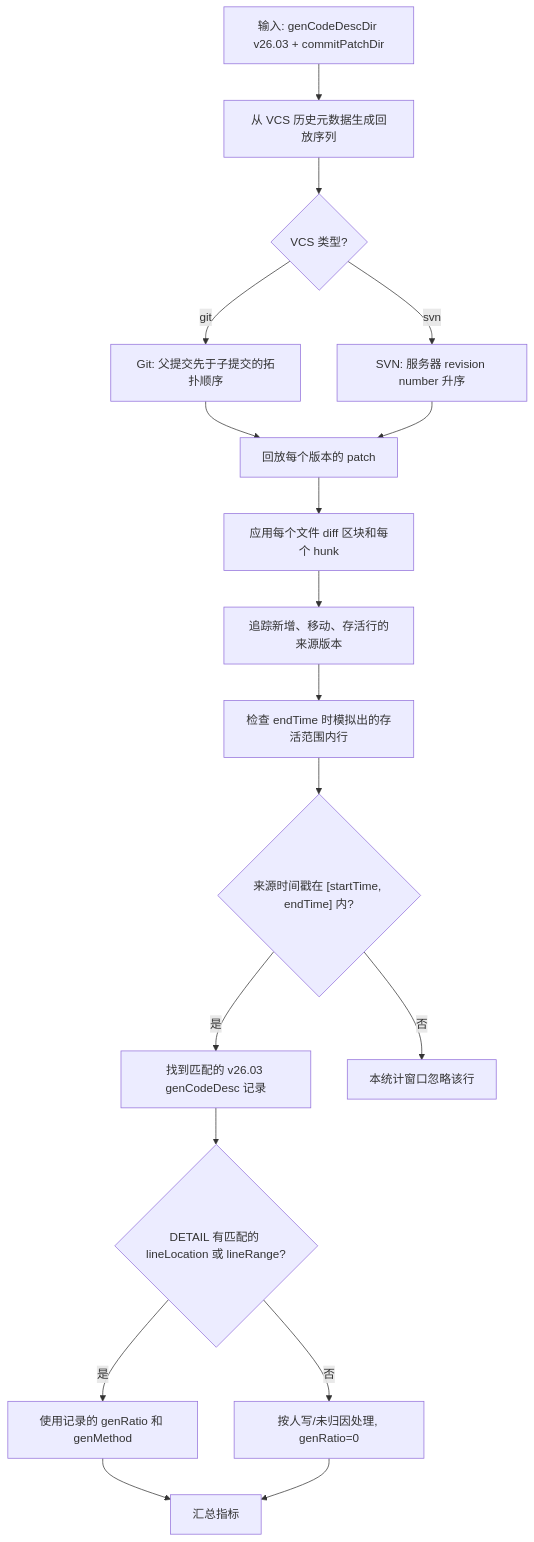
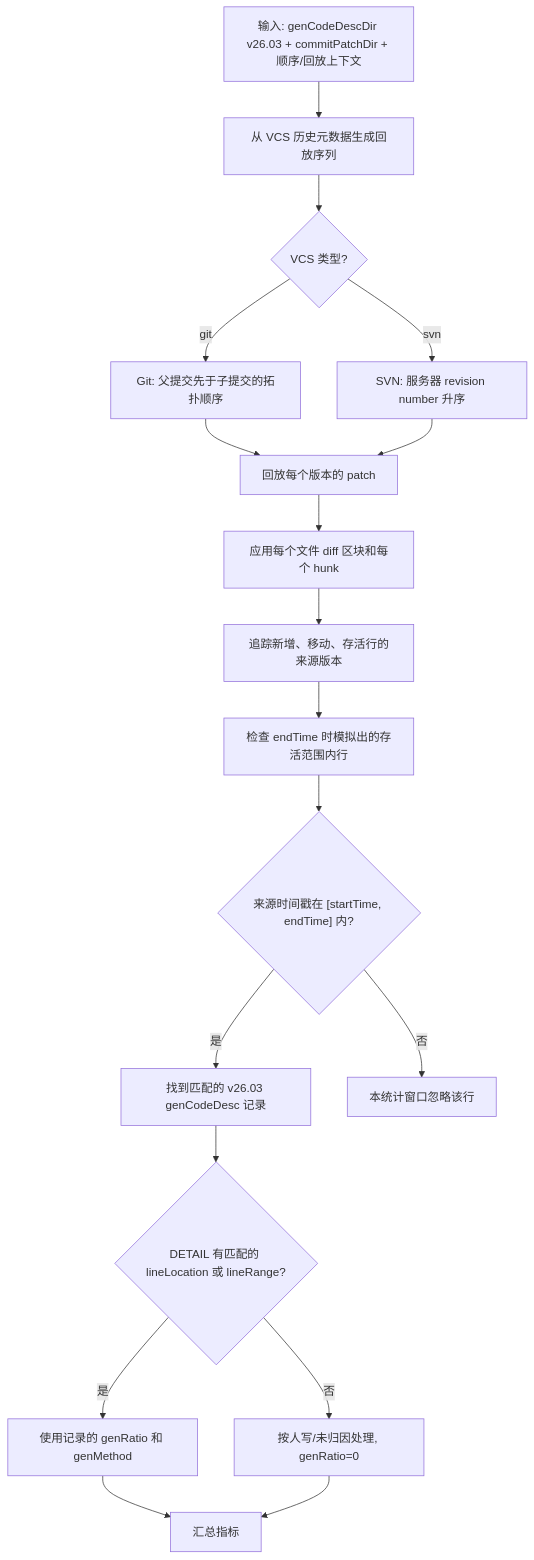
The second of 3 diagrams in README_AlgABC_ZH.md (EnigmaWU/MyGenCodeDescBase), drawn with Mermaid before and after one commit. The commit also changed other lines of this file and 1 other file, not shown here.

````diff
--- a/README_AlgABC_ZH.md
+++ b/README_AlgABC_ZH.md
@@ -85,28 +91,28 @@
 ```mermaid
 flowchart TD
-  B1["输入: genCodeDescDir v26.03 + commitPatchDir"]
+  B1["输入: genCodeDescDir v26.03 + commitPatchDir + 顺序/回放上下文"]
   B2["从 VCS 历史元数据生成回放序列"]
   B3{"VCS 类型?"}
   B4["Git: 父提交先于子提交的拓扑顺序"]
   B5["SVN: 服务器 revision number 升序"]
   B6["回放每个版本的 patch"]
   B7["应用每个文件 diff 区块和每个 hunk"]
   B8["追踪新增、移动、存活行的来源版本"]
   B9["检查 endTime 时模拟出的存活范围内行"]
   B10{"来源时间戳在 [startTime, endTime] 内?"}
   B11["找到匹配的 v26.03 genCodeDesc 记录"]
   B12{"DETAIL 有匹配的 lineLocation 或 lineRange?"}
   B13["使用记录的 genRatio 和 genMethod"]
   B14["按人写/未归因处理, genRatio=0"]
   B15["汇总指标"]
   B16["本统计窗口忽略该行"]
 
   B1 --> B2 --> B3
   B3 -- "git" --> B4 --> B6
   B3 -- "svn" --> B5 --> B6
   B6 --> B7 --> B8 --> B9 --> B10
   B10 -- "否" --> B16
   B10 -- "是" --> B11 --> B12
   B12 -- "是" --> B13 --> B15
   B12 -- "否" --> B14 --> B15
 ```
````
